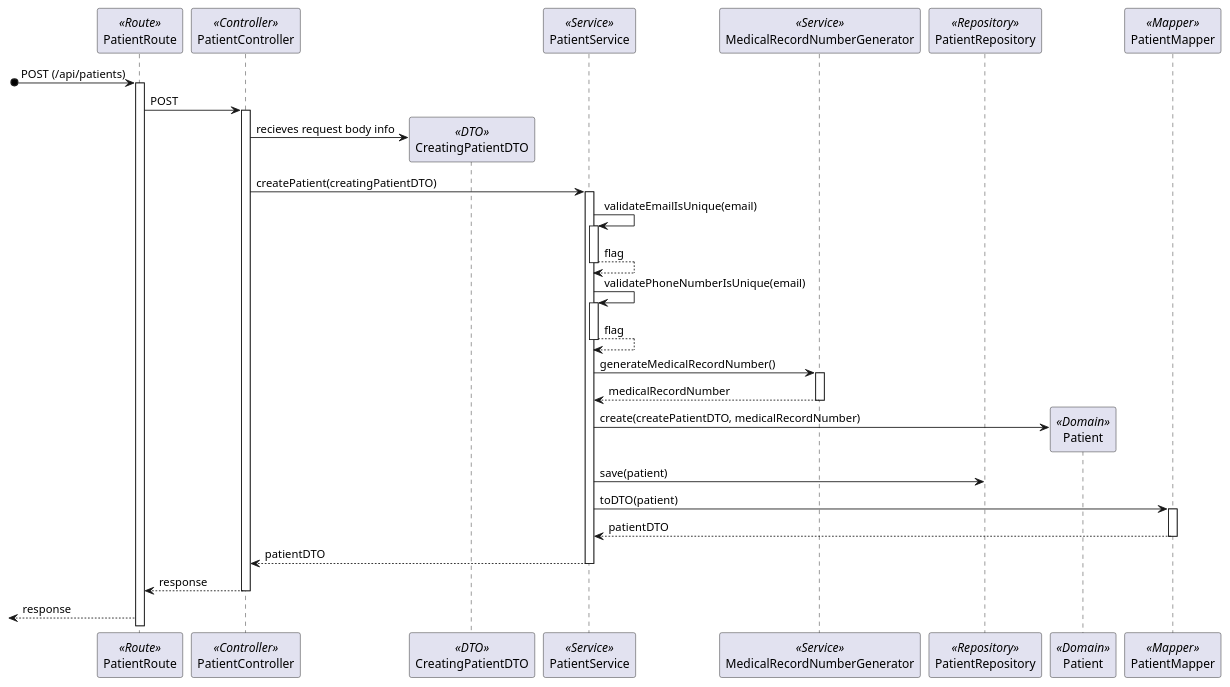
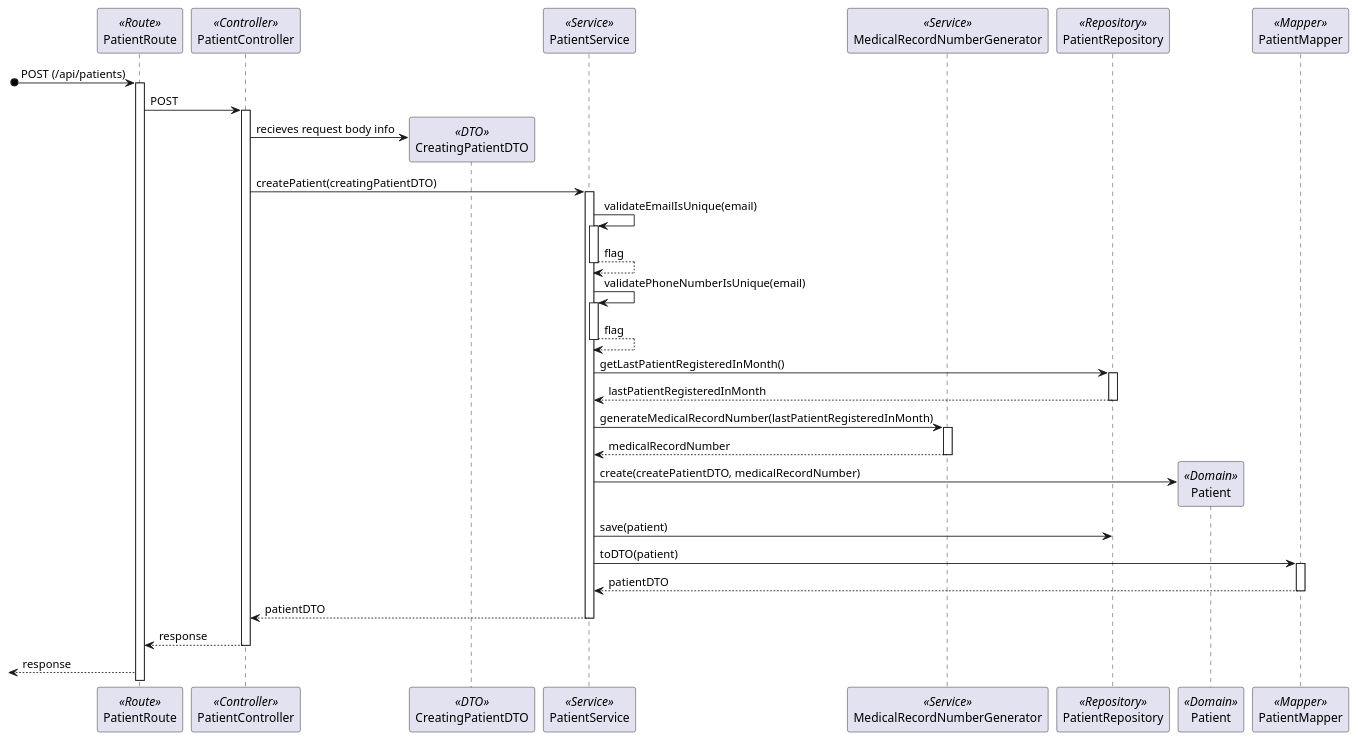
The diagram in docs/Sprint_1/US_5.1.8/L3/Process_View.puml (Rodrick0209/ISEP-SEM5PI-24-25), drawn with PlantUML before and after one commit. The commit also changed 1 other file, not shown here.

Commit message:
US 5.1.8 Design (Changed Way to Generate the Medical Record Number) #9

```diff
--- a/docs/Sprint_1/US_5.1.8/L3/Process_View.puml
+++ b/docs/Sprint_1/US_5.1.8/L3/Process_View.puml
@@ -2,37 +2,40 @@
 @startuml Process_View
 participant PatientRoute as Route <<Route>>
 participant PatientController as Controller <<Controller>>
 participant CreatingPatientDTO as DTO <<DTO>>
 participant PatientService as Service <<Service>>
 participant MedicalRecordNumberGenerator as MedicalRecordNumberGenerator <<Service>>
 participant PatientRepository as Repository <<Repository>>
 participant Patient as Domain <<Domain>>
 participant PatientMapper as Mapper <<Mapper>>
 [o-> Route: POST (/api/patients)
 activate Route
 Route -> Controller : POST
 activate Controller
 Controller -> DTO** : recieves request body info
 Controller -> Service : createPatient(creatingPatientDTO)
 activate Service
 Service -> Service : validateEmailIsUnique(email)
 activate Service
 return flag
 Service -> Service : validatePhoneNumberIsUnique(email)
 activate Service
 return flag
-Service -> MedicalRecordNumberGenerator : generateMedicalRecordNumber()
+Service -> Repository : getLastPatientRegisteredInMonth()
+activate Repository
+return lastPatientRegisteredInMonth
+Service -> MedicalRecordNumberGenerator : generateMedicalRecordNumber(lastPatientRegisteredInMonth)
 activate MedicalRecordNumberGenerator
 return medicalRecordNumber
 Service -> Domain** : create(createPatientDTO, medicalRecordNumber)
 Service -> Repository : save(patient)
 Service -> Mapper : toDTO(patient)
 activate Mapper
 return patientDTO
 Service --> Controller : patientDTO
 deactivate Service
 Controller --> Route : response
 deactivate Controller
 <-- Route : response
 
 @enduml
```
